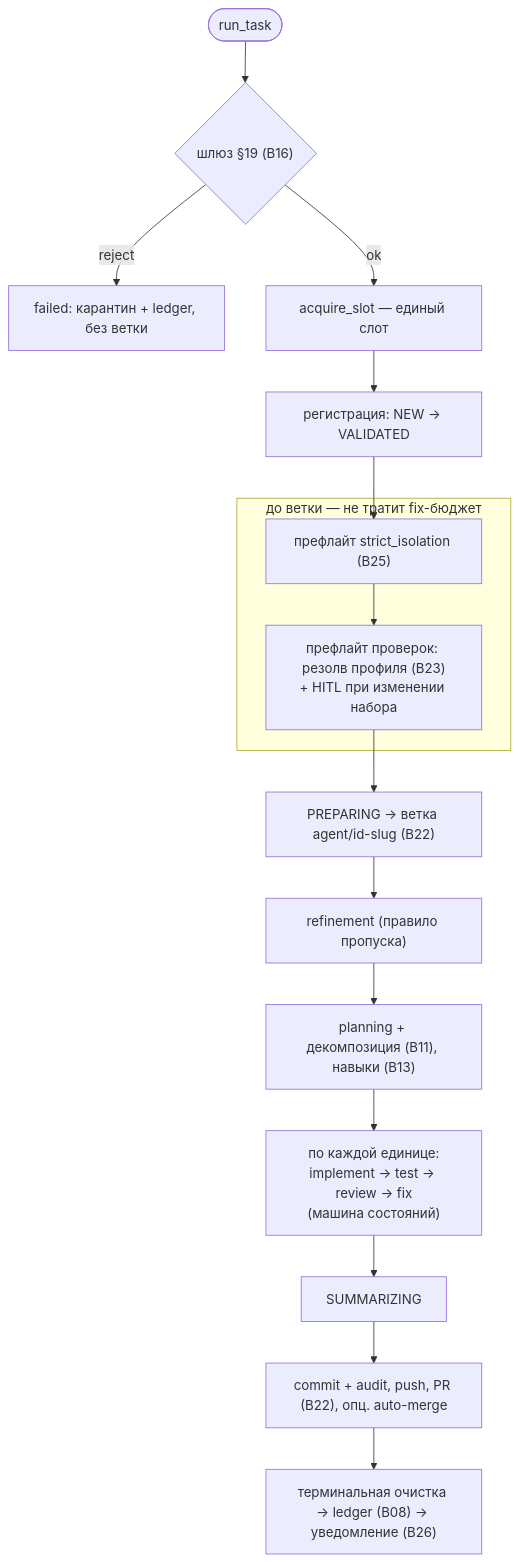
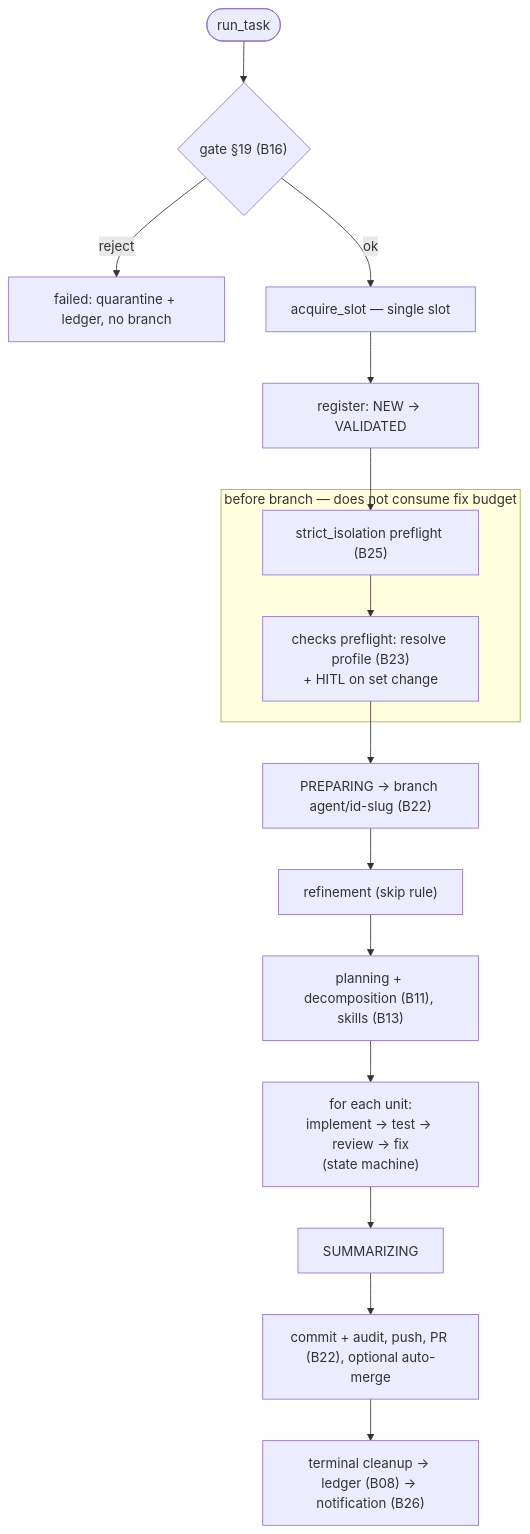
The diagram in docs/functional/blocks/B06-orchestrator-pipeline.md (VladimirMakarevich/wastech-orchestrator), drawn with Mermaid before and after one commit. The commit also changed other lines of this file and 41 other files, not shown here.

Commit message:
docs: translate system flows documentation from Russian to English, ensuring clarity and consistency in terminology. Update sequence diagrams and flowcharts to reflect the changes in language. Maintain the structure and references to blocks for ease of navigation.

````diff
--- a/docs/functional/blocks/B06-orchestrator-pipeline.md
+++ b/docs/functional/blocks/B06-orchestrator-pipeline.md
@@ -50,20 +49,20 @@
 ```mermaid
 flowchart TB
-    rt(["run_task"]) --> gate{"шлюз §19 (B16)"}
-    gate -->|reject| rej["failed: карантин + ledger, без ветки"]
-    gate -->|ok| slot["acquire_slot — единый слот"]
-    slot --> reg["регистрация: NEW → VALIDATED"]
+    rt(["run_task"]) --> gate{"gate §19 (B16)"}
+    gate -->|reject| rej["failed: quarantine + ledger, no branch"]
+    gate -->|ok| slot["acquire_slot — single slot"]
+    slot --> reg["register: NEW → VALIDATED"]
     reg --> iso
 
-    subgraph before["до ветки — не тратит fix-бюджет"]
-      iso["префлайт strict_isolation (B25)"] --> chk["префлайт проверок: резолв профиля (B23)<br/>+ HITL при изменении набора"]
+    subgraph before["before branch — does not consume fix budget"]
+      iso["strict_isolation preflight (B25)"] --> chk["checks preflight: resolve profile (B23)<br/>+ HITL on set change"]
     end
 
-    chk --> branch["PREPARING → ветка agent/id-slug (B22)"]
-    branch --> refine["refinement (правило пропуска)"]
-    refine --> plan["planning + декомпозиция (B11), навыки (B13)"]
-    plan --> units["по каждой единице:<br/>implement → test → review → fix<br/>(машина состояний)"]
+    chk --> branch["PREPARING → branch agent/id-slug (B22)"]
+    branch --> refine["refinement (skip rule)"]
+    refine --> plan["planning + decomposition (B11), skills (B13)"]
+    plan --> units["for each unit:<br/>implement → test → review → fix<br/>(state machine)"]
     units --> summ["SUMMARIZING"]
-    summ --> publish["commit + audit, push, PR (B22), опц. auto-merge"]
-    publish --> term["терминальная очистка → ledger (B08) → уведомление (B26)"]
+    summ --> publish["commit + audit, push, PR (B22), optional auto-merge"]
+    publish --> term["terminal cleanup → ledger (B08) → notification (B26)"]
 ```
````
